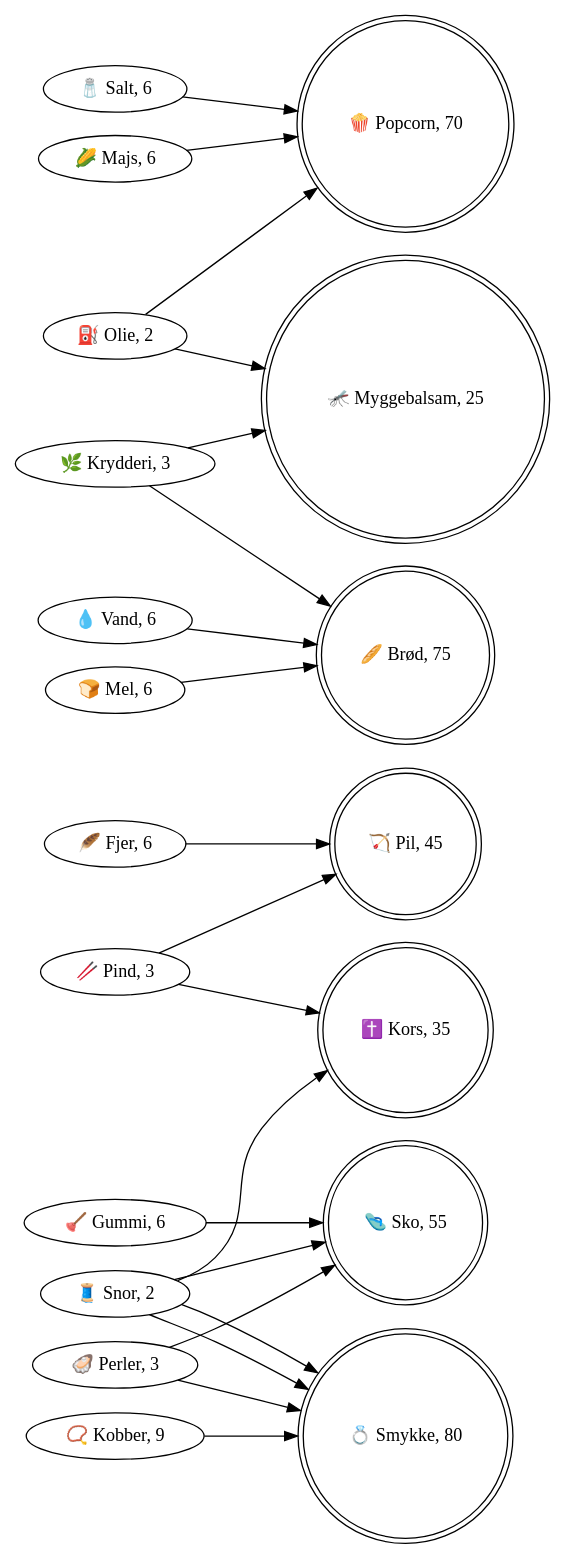
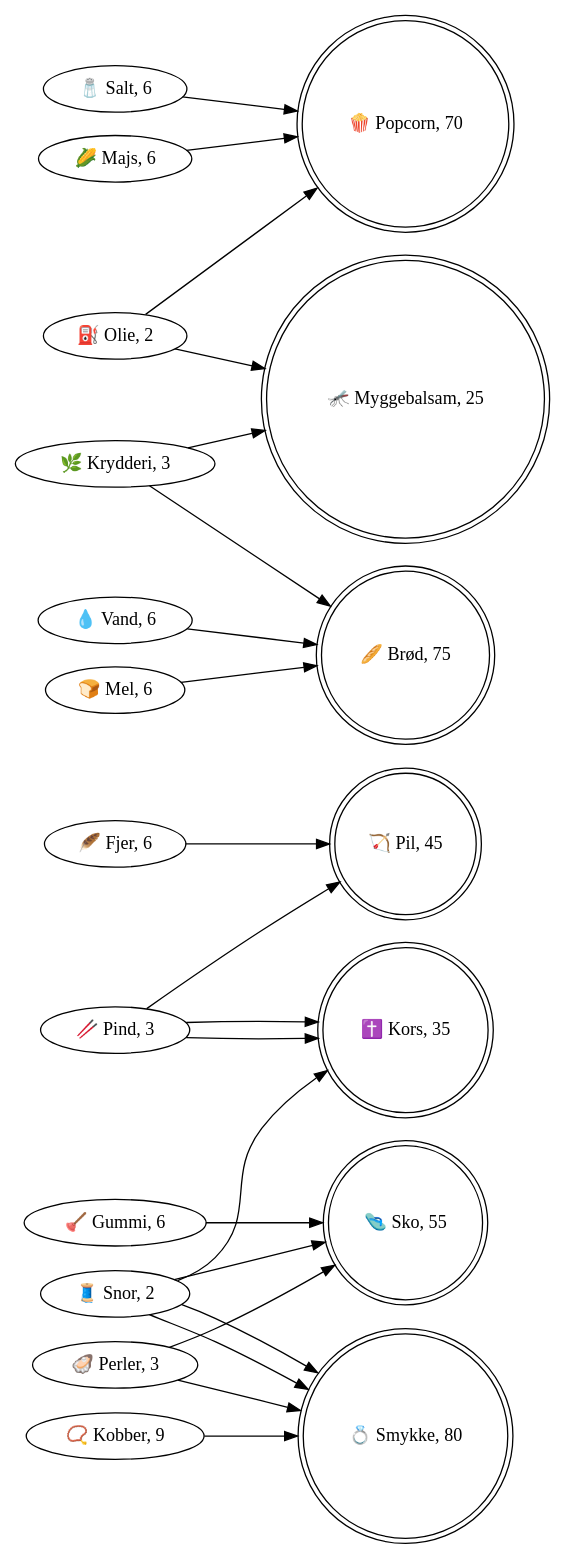
Before and after one commit to nwillems/app.efteraarslejr.dk: the diagram in produkter.dot, drawn with Graphviz. The commit also changed 2 other files, not shown here.

```diff
--- a/produkter.dot
+++ b/produkter.dot
@@ -1,51 +1,52 @@
 digraph G {
     rankdir="LR"
 
     pind [label="🥢 Pind, 3"];
     fjer [label="🪶 Fjer, 6"];
     snor [label="🧵 Snor, 2"];
     perle [label="🦪 Perler, 3"];
     kobber [label="📿 Kobber, 9"];
     gummi [label="🪠 Gummi, 6"];
     salt [label="🧂 Salt, 6"];
     olie [label="⛽ Olie, 2"];
     krydderi [label="🌿 Krydderi, 3"];
     vand [label="💧 Vand, 6"];
     mel [label="🍞 Mel, 6"];
     majs [label="🌽 Majs, 6"];
     
     pil [shape=doublecircle, label="🏹 Pil, 45"]; // Org value 9
     kors [shape=doublecircle, label="✝️ Kors, 35"]; // Org value
     myg [shape=doublecircle, label="🦟 Myggebalsam, 25"]; // Org value 5
     sko [shape=doublecircle, label="🩴 Sko, 55"]; // Org value 11
     smykke [shape=doublecircle, label="💍 Smykke, 80"]; // Org value 16
     popcorn [shape=doublecircle, label="🍿 Popcorn, 70"]; // Org value 14
     brod [shape=doublecircle, label="🥖 Brød, 75"]; // Org value 15
 
 
     pind -> pil
     fjer -> pil
 
     snor -> kors
     pind -> kors
+    pind -> kors
 
     olie -> myg
     krydderi -> myg
 
     snor -> sko
     gummi -> sko
     perle -> sko
 
     snor -> smykke
     snor -> smykke
     perle -> smykke
     kobber -> smykke
 
     salt -> popcorn
     olie -> popcorn
     majs -> popcorn
 
     vand -> brod
     mel -> brod
     krydderi -> brod
 }
```
